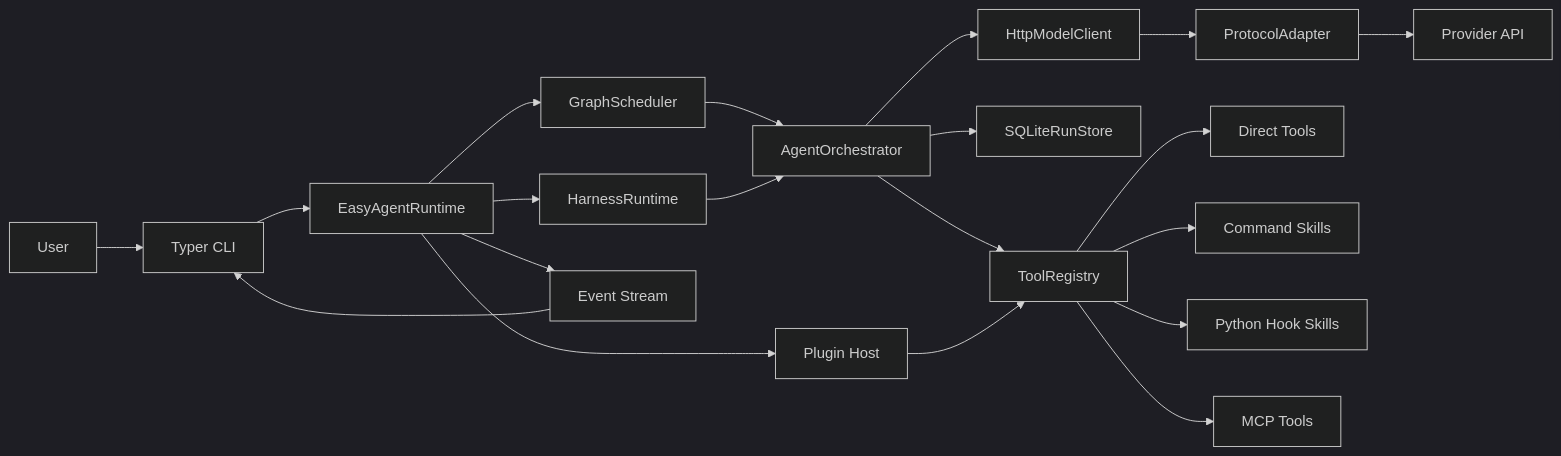
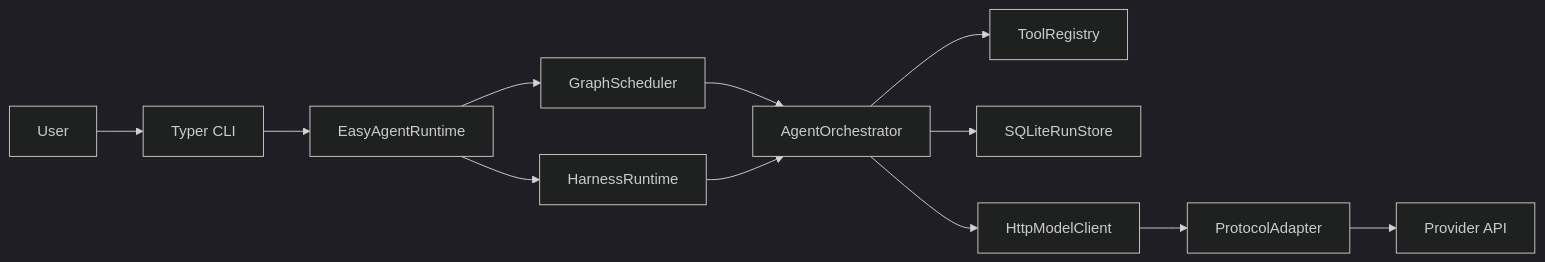
One commit to CloudWide851/easy-agent changed the diagram in README.md. Above: the diagram before and after it, drawn with Mermaid (dark theme). The commit also changed other lines of this file and 24 other files, not shown here.

````diff
--- a/README.md
+++ b/README.md
@@ -188,22 +104,14 @@
 ```mermaid
 flowchart LR
     User[User] --> CLI[Typer CLI]
     CLI --> Runtime[EasyAgentRuntime]
     Runtime --> Scheduler[GraphScheduler]
     Runtime --> Harness[HarnessRuntime]
     Scheduler --> Orchestrator[AgentOrchestrator]
     Harness --> Orchestrator
     Orchestrator --> Registry[ToolRegistry]
     Orchestrator --> Store[SQLiteRunStore]
     Orchestrator --> Client[HttpModelClient]
     Client --> Adapter[ProtocolAdapter]
     Adapter --> Provider[Provider API]
-    Registry --> DirectTools[Direct Tools]
-    Registry --> CommandSkills[Command Skills]
-    Registry --> PythonSkills[Python Hook Skills]
-    Registry --> MCPTools[MCP Tools]
-    Runtime --> Plugins[Plugin Host]
-    Plugins --> Registry
-    Runtime --> Events[Event Stream]
-    Events --> CLI
 ```
````
